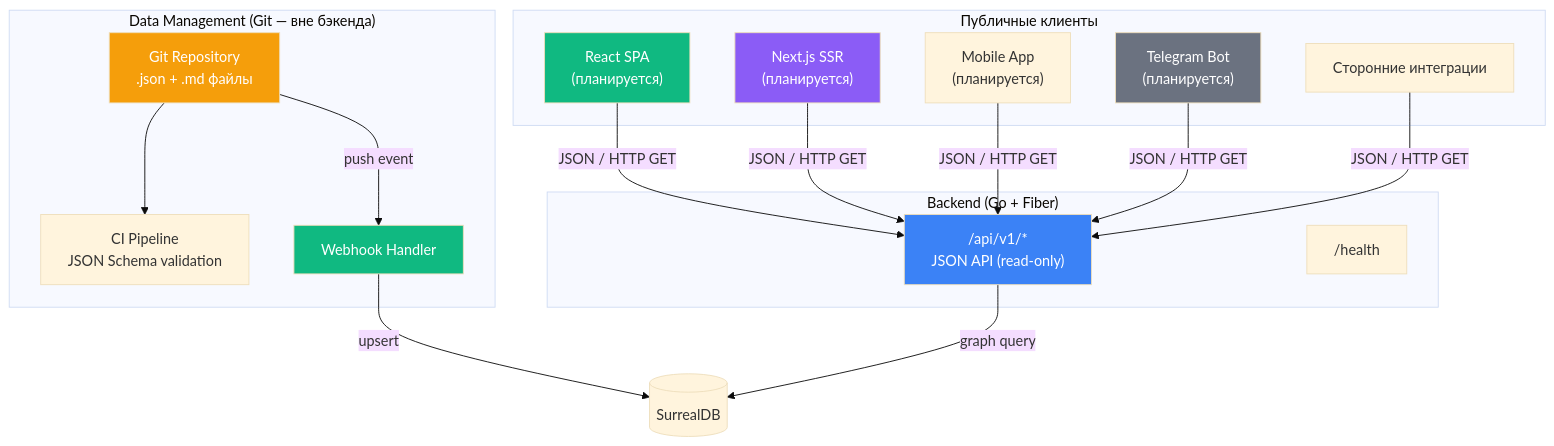
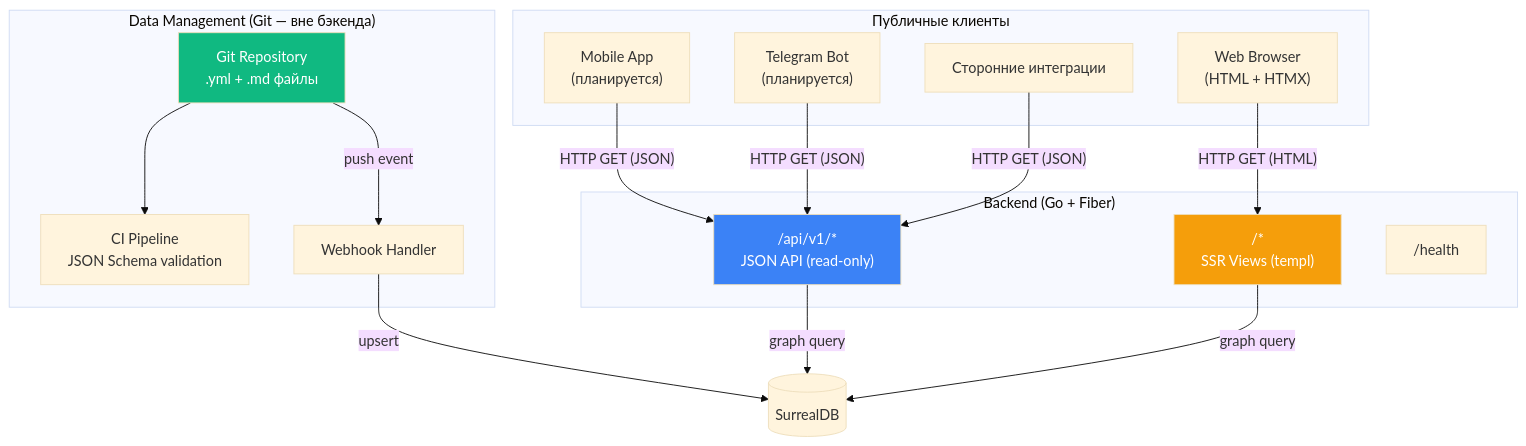
The diagram in docs/system-design/07-frontend-integration.md (Map130/Universities_KZ), drawn with Mermaid (base theme) before and after one commit. The commit also changed other lines of this file, not shown here.

First line of the commit message:
Clarify frontend contours and update diagram

````diff
--- a/docs/system-design/07-frontend-integration.md
+++ b/docs/system-design/07-frontend-integration.md
@@ -7,39 +12,36 @@
 ```mermaid
 graph TB
     subgraph "Data Management (Git — вне бэкенда)"
-        GIT["Git Repository<br/>.json + .md файлы"]
+        GIT["Git Repository<br/>.yml + .md файлы"]
         CI["CI Pipeline<br/>JSON Schema validation"]
         WEBHOOK["Webhook Handler"]
     end
 
     subgraph "Backend (Go + Fiber)"
         API["/api/v1/*<br/>JSON API (read-only)"]
+        WEB["/*<br/>SSR Views (templ)"]
         HEALTH["/health"]
     end
 
     subgraph "Публичные клиенты"
-        REACT["React SPA<br/>(планируется)"]
-        NEXT["Next.js SSR<br/>(планируется)"]
+        BROWSER["Web Browser<br/>(HTML + HTMX)"]
         MOBILE["Mobile App<br/>(планируется)"]
         BOT["Telegram Bot<br/>(планируется)"]
         THIRD["Сторонние интеграции"]
     end
 
     GIT --> CI
     GIT -->|push event| WEBHOOK
     WEBHOOK -->|upsert| DB[(SurrealDB)]
 
-    REACT -->|"JSON / HTTP GET"| API
-    NEXT -->|"JSON / HTTP GET"| API
-    MOBILE -->|"JSON / HTTP GET"| API
-    BOT -->|"JSON / HTTP GET"| API
-    THIRD -->|"JSON / HTTP GET"| API
+    BROWSER -->|"HTTP GET (HTML)"| WEB
+    MOBILE -->|"HTTP GET (JSON)"| API
+    BOT -->|"HTTP GET (JSON)"| API
+    THIRD -->|"HTTP GET (JSON)"| API
     API -->|graph query| DB
+    WEB -->|graph query| DB
 
     style API fill:#3B82F6,color:#fff
-    style GIT fill:#F59E0B,color:#fff
-    style WEBHOOK fill:#10B981,color:#fff
-    style REACT fill:#10B981,color:#fff
-    style NEXT fill:#8B5CF6,color:#fff
-    style BOT fill:#6B7280,color:#fff
+    style WEB fill:#F59E0B,color:#fff
+    style GIT fill:#10B981,color:#fff
 ```
````
